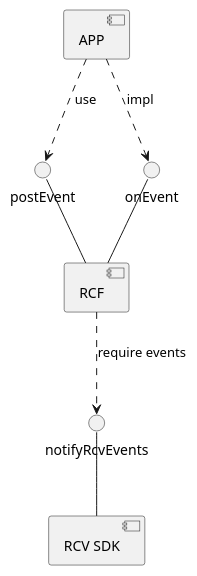
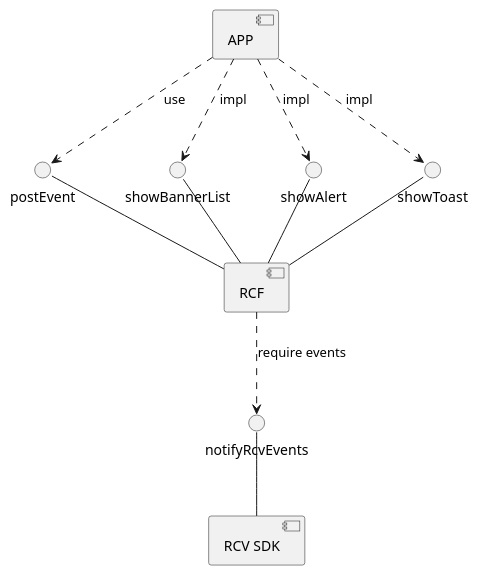
The diagram in uml/event/RoomsEventComponentDiagram.puml (DarkSherlock/PlantUML), drawn with PlantUML before and after one commit. The commit also changed 3 other files, not shown here.

Commit message:
update events diagram

```diff
--- a/uml/event/RoomsEventComponentDiagram.puml
+++ b/uml/event/RoomsEventComponentDiagram.puml
@@ -1,16 +1,19 @@
 @startuml
 'https://plantuml.com/component-diagram
 
 interface notifyRcvEvents as NRCV
 interface postEvent
-interface onEvent
 
 NRCV -d- [RCV SDK]
 postEvent -d- [RCF]
-onEvent -d- [RCF]
+showBannerList -d- [RCF]
+showAlert -d- [RCF]
+showToast -d- [RCF]
 
 
-[APP] ..> onEvent: impl
+[APP] ..> showBannerList: impl
+[APP] ..> showAlert: impl
+[APP] ..> showToast: impl
 [APP] ..> postEvent: use
 [RCF] ..> NRCV: require events
 @enduml
```
